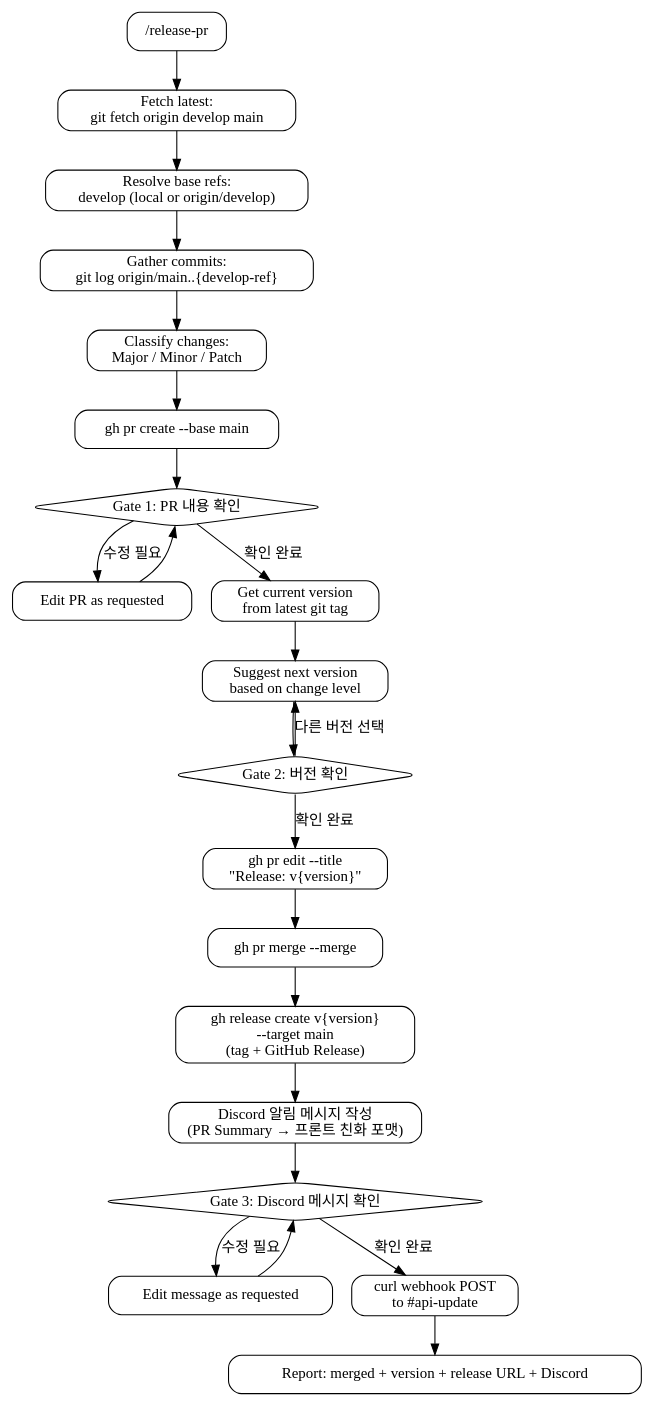
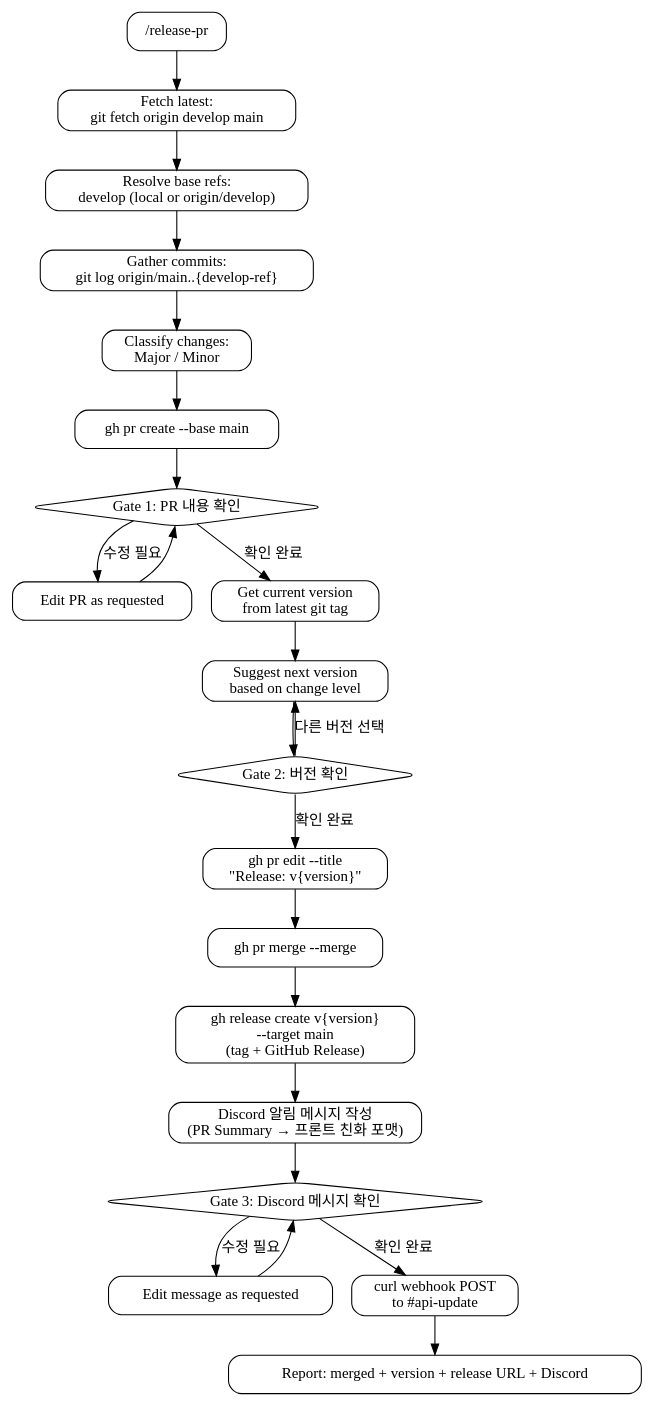
Before and after one commit to DH-Crew/On-Dot_BE: the diagram in .claude/skills/release-pr/SKILL.md, drawn with Graphviz. The commit also changed other lines of this file, not shown here.

````diff
--- a/.claude/skills/release-pr/SKILL.md
+++ b/.claude/skills/release-pr/SKILL.md
@@ -14,39 +14,39 @@
 ```dot
 digraph release_pr {
   rankdir=TB
   node [shape=box style=rounded]
 
   entry [label="/release-pr"]
   v1 [label="Fetch latest:\ngit fetch origin develop main"]
   v2 [label="Resolve base refs:\ndevelop (local or origin/develop)"]
   v3 [label="Gather commits:\ngit log origin/main..{develop-ref}"]
-  v4 [label="Classify changes:\nMajor / Minor / Patch"]
+  v4 [label="Classify changes:\nMajor / Minor"]
   v5 [label="gh pr create --base main"]
   gate1 [label="Gate 1: PR 내용 확인" shape=diamond]
   edit [label="Edit PR as requested"]
   v6 [label="Get current version\nfrom latest git tag"]
   v7 [label="Suggest next version\nbased on change level"]
   gate2 [label="Gate 2: 버전 확인" shape=diamond]
   v8 [label="gh pr edit --title\n\"Release: v{version}\""]
   v9 [label="gh pr merge --merge"]
   v10 [label="gh release create v{version}\n--target main\n(tag + GitHub Release)"]
   v11 [label="Discord 알림 메시지 작성\n(PR Summary → 프론트 친화 포맷)"]
   gate3 [label="Gate 3: Discord 메시지 확인" shape=diamond]
   edit3 [label="Edit message as requested"]
   v12 [label="curl webhook POST\nto #api-update"]
   done [label="Report: merged + version + release URL + Discord"]
 
   entry -> v1 -> v2 -> v3 -> v4 -> v5 -> gate1
   gate1 -> edit [label="수정 필요"]
   edit -> gate1
   gate1 -> v6 [label="확인 완료"]
   v6 -> v7 -> gate2
   gate2 -> v7 [label="다른 버전 선택"]
   gate2 -> v8 [label="확인 완료"]
   v8 -> v9 -> v10 -> v11 -> gate3
   gate3 -> edit3 [label="수정 필요"]
   edit3 -> gate3
   gate3 -> v12 [label="확인 완료"]
   v12 -> done
 }
 ```
````
